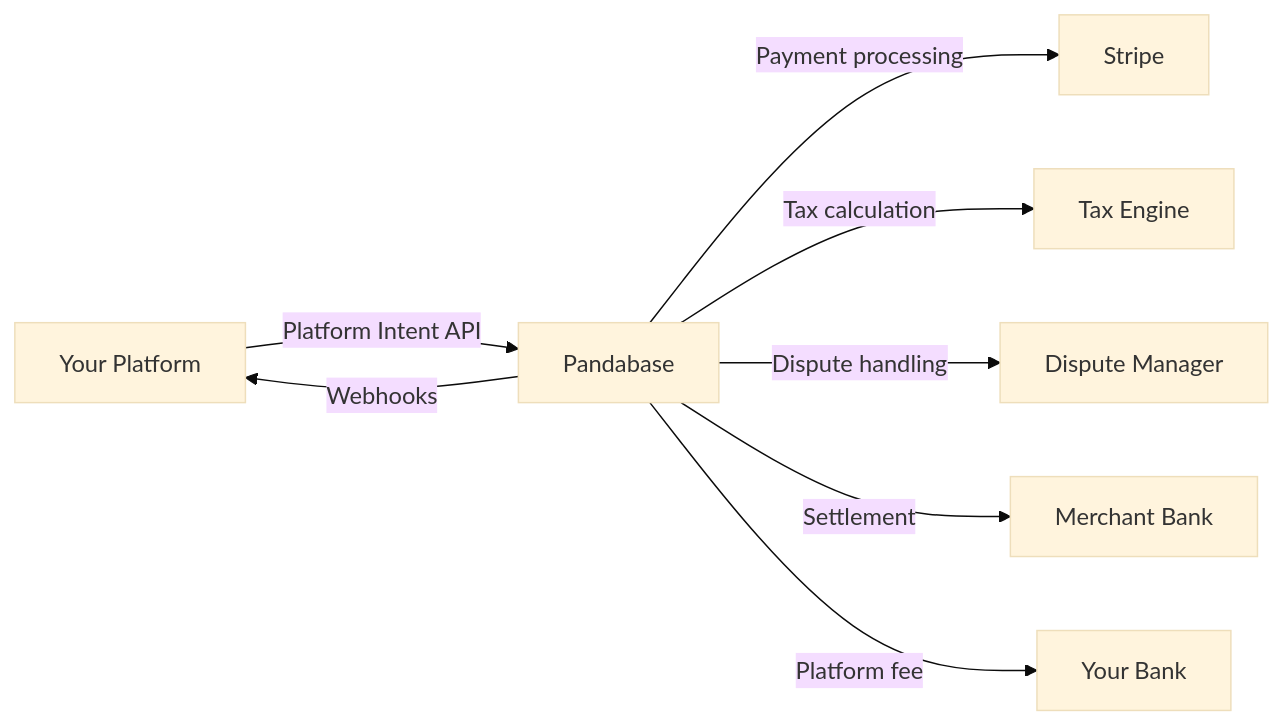
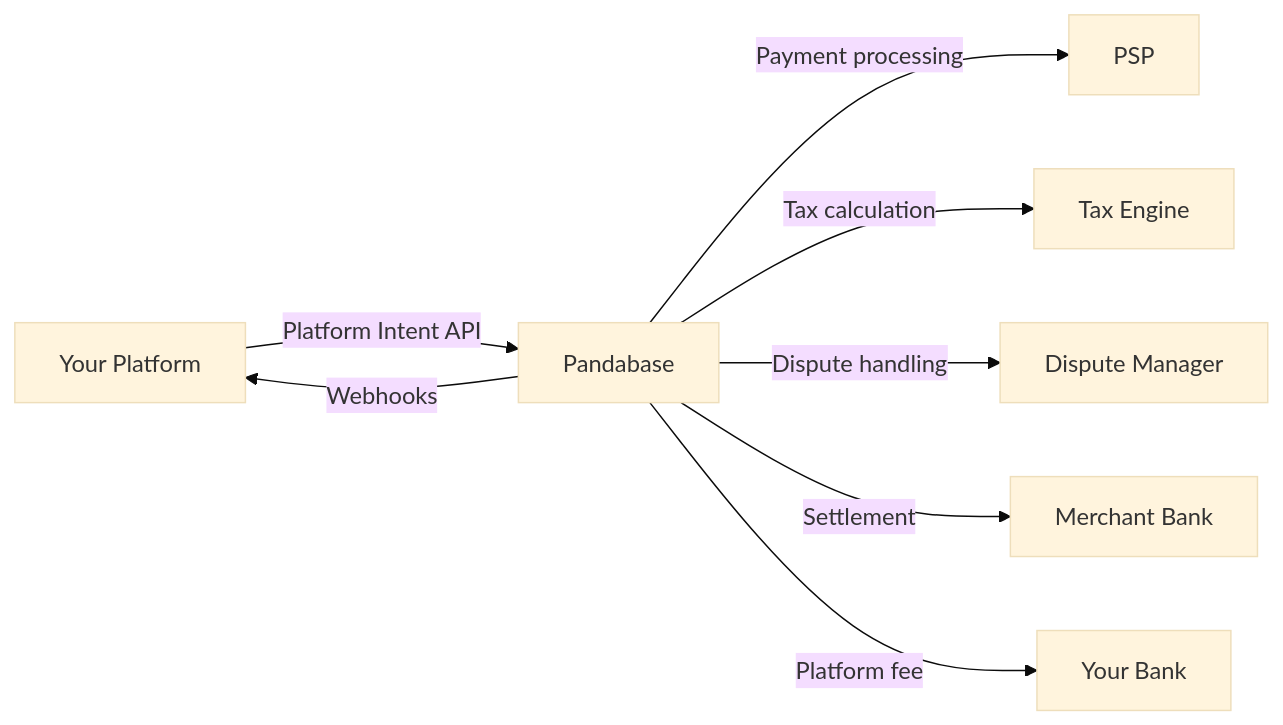
The diagram in developers/platforms/overview.mdx (pandabase/docs.pandabase.io), drawn with Mermaid (base theme) before and after one commit. The commit also changed 1 other file, not shown here.

Commit message:
docs: remove stripe references from platform docs

````diff
--- a/developers/platforms/overview.mdx
+++ b/developers/platforms/overview.mdx
@@ -47,10 +47,10 @@
 ```mermaid
 graph LR
     A[Your Platform] -->|Platform Intent API| B[Pandabase]
-    B -->|Payment processing| C[Stripe]
+    B -->|Payment processing| C[PSP]
     B -->|Tax calculation| D[Tax Engine]
     B -->|Dispute handling| E[Dispute Manager]
     B -->|Settlement| F[Merchant Bank]
     B -->|Platform fee| G[Your Bank]
     B -->|Webhooks| A
 ```
````
